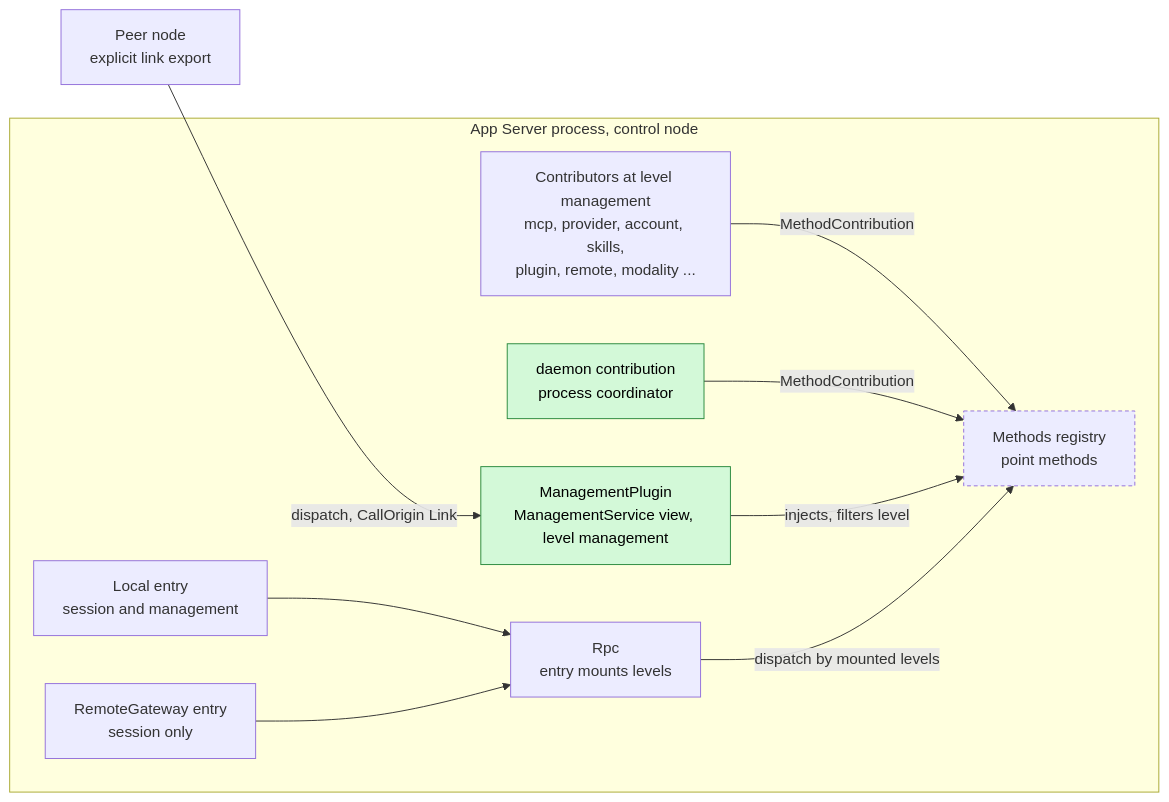
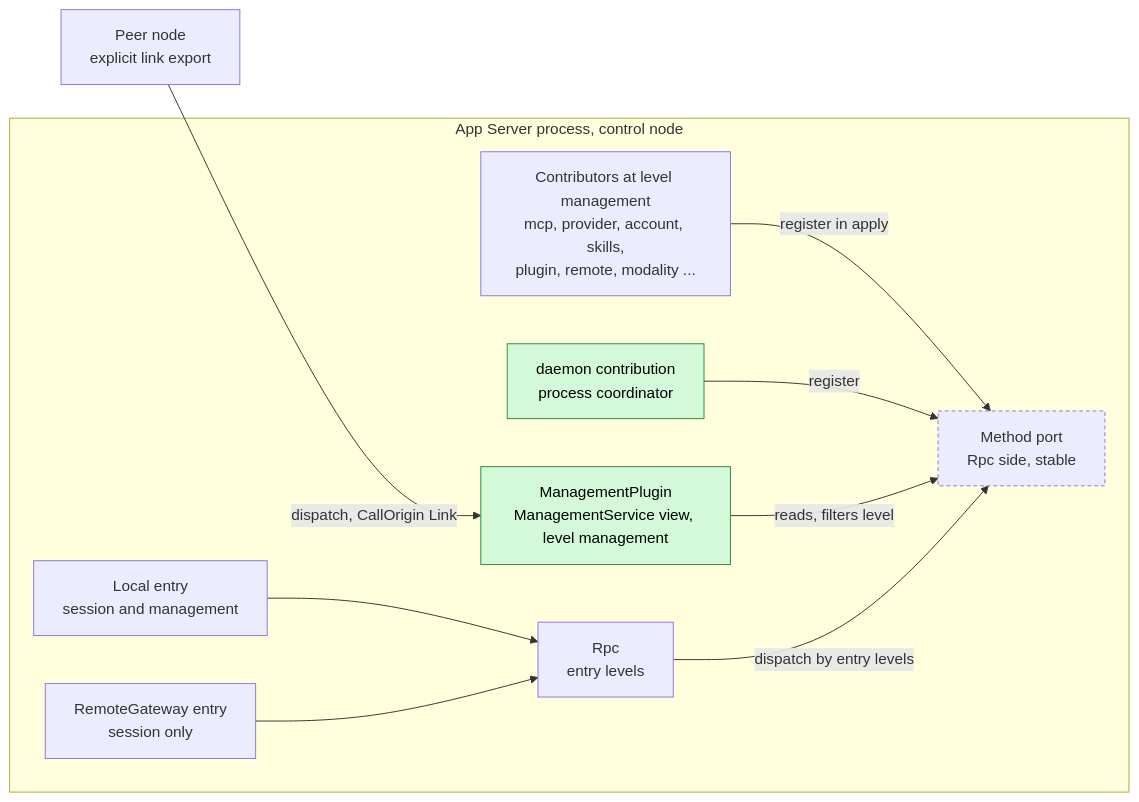
One commit to CoutinhoTTS/dim-agent changed the first of 5 diagrams in docs/design/plugins/Management.md. Above: the diagram before and after it, drawn with Mermaid. The commit also changed other lines of this file and 3 other files, not shown here.

````diff
--- a/docs/design/plugins/Management.md
+++ b/docs/design/plugins/Management.md
@@ -9,22 +9,22 @@
 ```mermaid
 flowchart LR
   subgraph P["App Server process, control node"]
-    MR["Methods registry<br/>point methods"]:::contract
+    MP["Method port<br/>Rpc side, stable"]:::contract
     MS["ManagementPlugin<br/>ManagementService view, level management"]:::new
     DAEMON["daemon contribution<br/>process coordinator"]:::new
     CONTRIB["Contributors at level management<br/>mcp, provider, account, skills,<br/>plugin, remote, modality ..."]
-    RPC["Rpc<br/>entry mounts levels"]
+    RPC["Rpc<br/>entry levels"]
     LOCAL["Local entry<br/>session and management"]
     REMOTE["RemoteGateway entry<br/>session only"]
   end
   PEER["Peer node<br/>explicit link export"]
-  CONTRIB -->|"MethodContribution"| MR
-  DAEMON -->|"MethodContribution"| MR
-  MS -->|"injects, filters level"| MR
-  RPC -->|"dispatch by mounted levels"| MR
+  CONTRIB -->|"register in apply"| MP
+  DAEMON -->|"register"| MP
+  MS -->|"reads, filters level"| MP
+  RPC -->|"dispatch by entry levels"| MP
   LOCAL --> RPC
   REMOTE --> RPC
   PEER -->|"dispatch, CallOrigin Link"| MS
   classDef new fill:#d3f9d8,stroke:#2b8a3e,color:#000
   classDef contract stroke-dasharray:4 3
 ```
````
